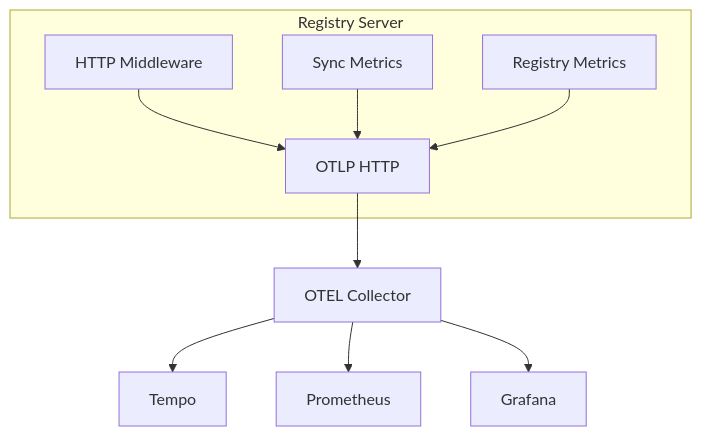
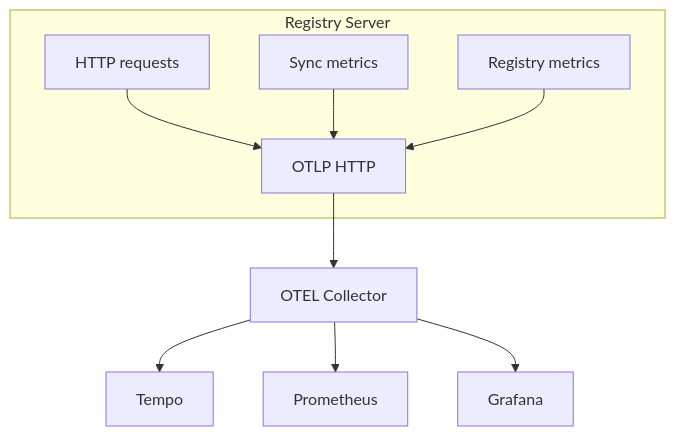
One commit to stacklok/docs-website changed the diagram in docs/toolhive/guides-registry/telemetry-metrics.mdx. Above: the diagram before and after it, drawn with Mermaid.

Commit message:
Apply suggestion from @danbarr

````diff
--- a/docs/toolhive/guides-registry/telemetry-metrics.mdx
+++ b/docs/toolhive/guides-registry/telemetry-metrics.mdx
@@ -18,16 +18,16 @@
 ```mermaid
 flowchart TB
     subgraph server["Registry Server"]
-        http["HTTP Middleware"]
-        sync["Sync Metrics"]
-        registry["Registry Metrics"]
+        http["HTTP requests"]
+        sync["Sync metrics"]
+        registry["Registry metrics"]
 
         http & sync & registry --> otlp["OTLP HTTP"]
     end
 
     otlp --> collector["OTEL Collector"]
 
     collector --> tempo["Tempo"]
     collector --> prometheus["Prometheus"]
     collector --> grafana["Grafana"]
 ```
````
